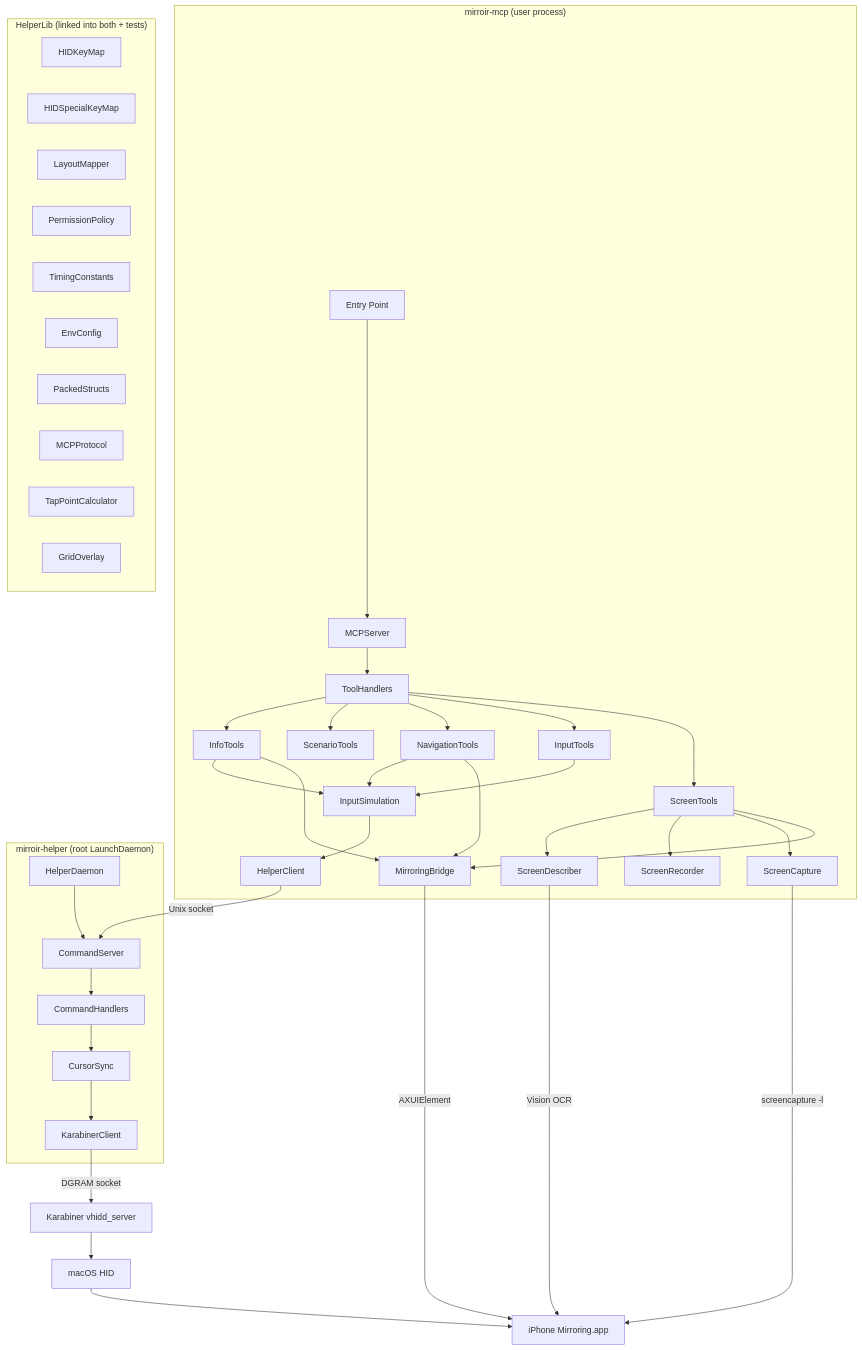
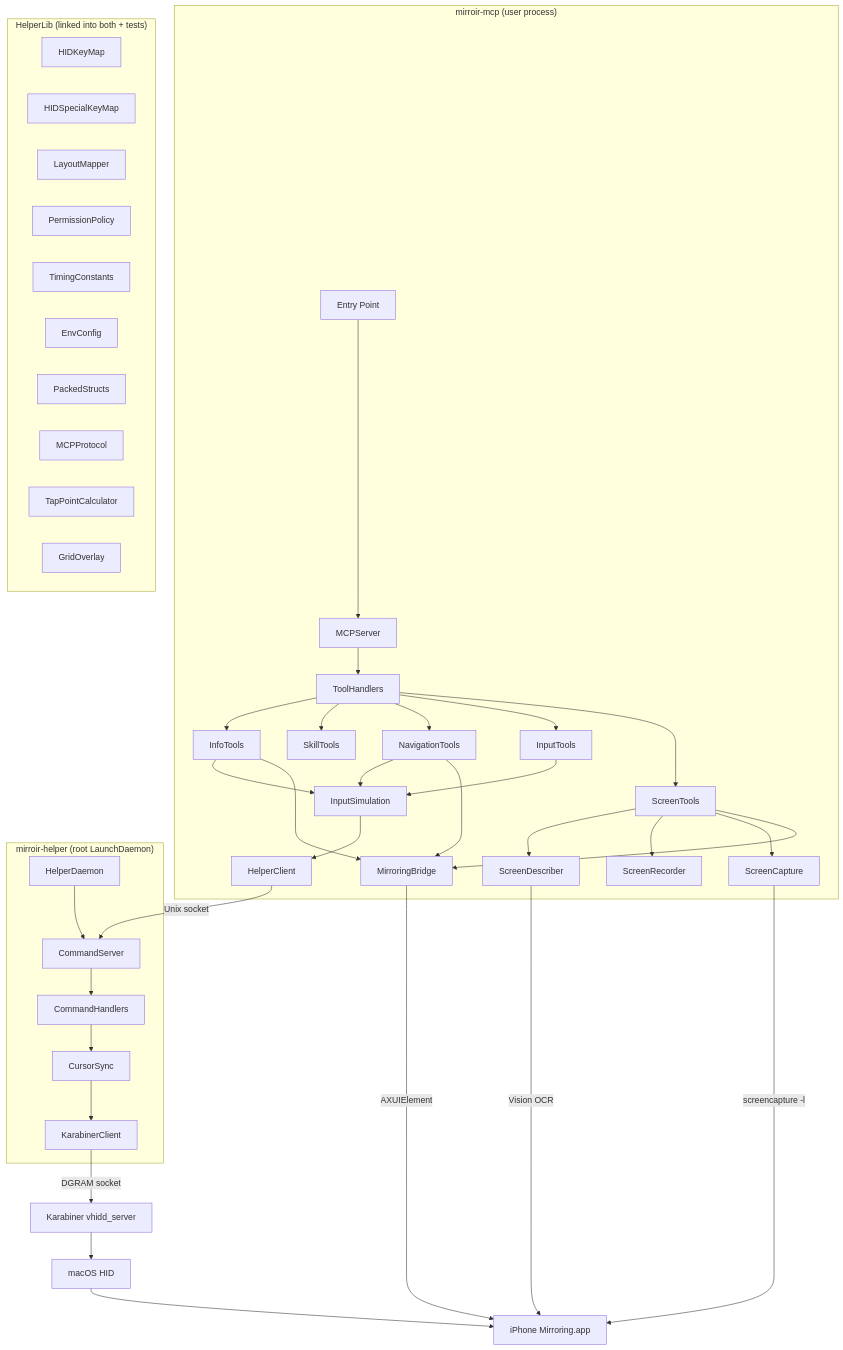
The first of 12 diagrams in docs/architecture.md (jfarcand/mirroir-mcp), drawn with Mermaid before and after one commit. The commit also changed other lines of this file and 60 other files, not shown here.

Commit message:
refactor: rename scenario to skill, harden website

````diff
--- a/docs/architecture.md
+++ b/docs/architecture.md
@@ -89,50 +89,50 @@
 ```mermaid
 flowchart TD
     subgraph UserProcess["mirroir-mcp (user process)"]
         EP[Entry Point] --> MCPSrv[MCPServer]
         MCPSrv --> TH[ToolHandlers]
         TH --> ST[ScreenTools]
         TH --> IT[InputTools]
         TH --> NT[NavigationTools]
-        TH --> ScT[ScenarioTools]
+        TH --> ScT[SkillTools]
         TH --> InfT[InfoTools]
 
         ST --> Bridge[MirroringBridge]
         ST --> Cap[ScreenCapture]
         ST --> Rec[ScreenRecorder]
         ST --> Desc[ScreenDescriber]
         IT --> Input[InputSimulation]
         NT --> Bridge
         NT --> Input
         InfT --> Bridge
         InfT --> Input
         Input --> HC[HelperClient]
     end
 
     subgraph HelperProcess["mirroir-helper (root LaunchDaemon)"]
         HD[HelperDaemon] --> CS[CommandServer]
         CS --> CH[CommandHandlers]
         CH --> Sync[CursorSync]
         Sync --> KC[KarabinerClient]
     end
 
     subgraph SharedLib["HelperLib (linked into both + tests)"]
         HID[HIDKeyMap]
         SP[HIDSpecialKeyMap]
         LM[LayoutMapper]
         PP[PermissionPolicy]
         TC[TimingConstants]
         EC[EnvConfig]
         PS[PackedStructs]
         MCP[MCPProtocol]
         TPC[TapPointCalculator]
         GO[GridOverlay]
     end
 
     HC -->|Unix socket| CS
     KC -->|DGRAM socket| Kara[Karabiner vhidd_server]
     Bridge -->|AXUIElement| IPhM[iPhone Mirroring.app]
     Cap -->|screencapture -l| IPhM
     Desc -->|Vision OCR| IPhM
     Kara --> HIDSys[macOS HID] --> IPhM
 ```
````
